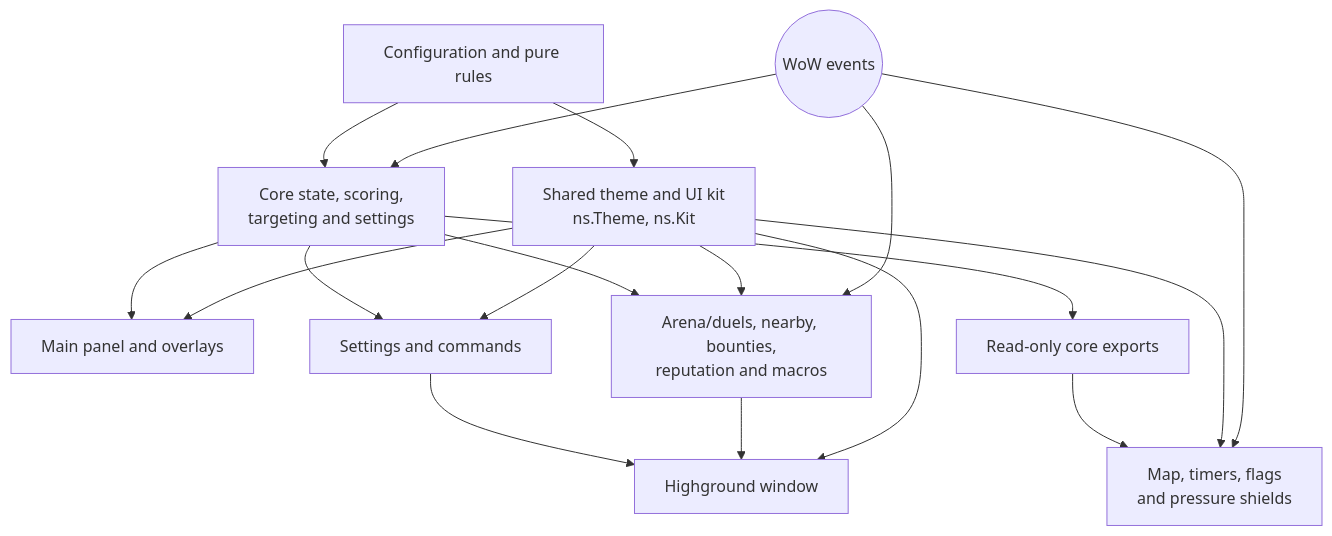
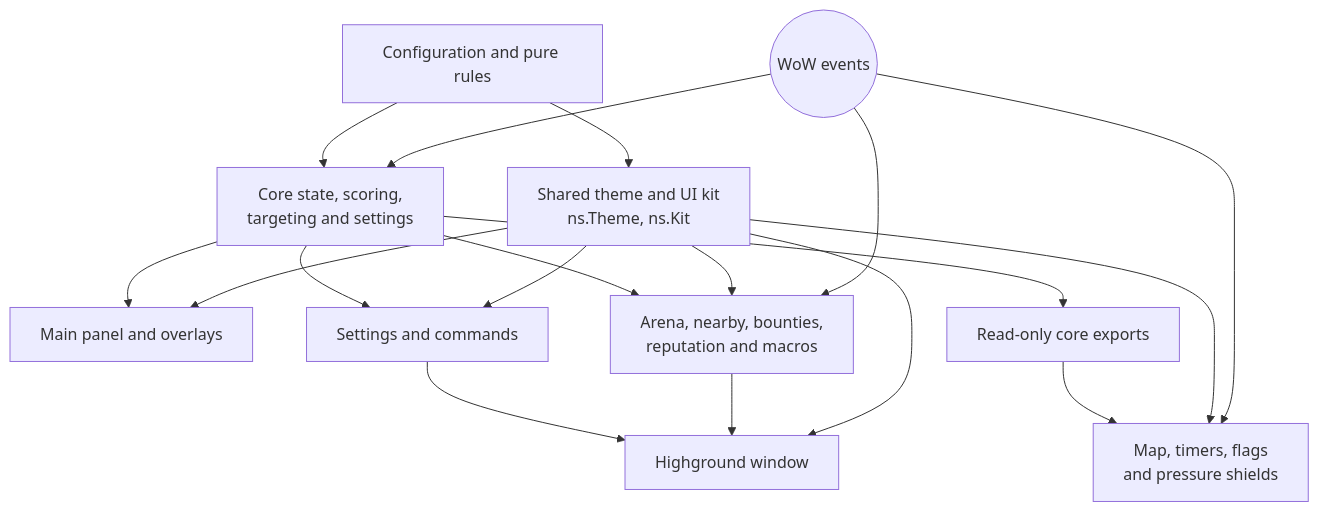
Before and after one commit to kemicofa/highground: the second of 2 diagrams in addons/Highground/docs/development.md, drawn with Mermaid. The commit also changed other lines of this file and 65 other files, not shown here.

First line of the commit message:
feat(arena): duels no longer open the Arena panel

````diff
--- a/addons/Highground/docs/development.md
+++ b/addons/Highground/docs/development.md
@@ -97,13 +97,13 @@
 ```mermaid
 flowchart TD
   CFG[Configuration and pure rules] --> CORE[Core state, scoring,<br/>targeting and settings]
   CFG --> THEME[Shared theme and UI kit<br/>ns.Theme, ns.Kit]
   CORE --> UI[Main panel and overlays]
   CORE --> OPT[Settings and commands]
   CORE --> EXP[Read-only core exports]
   EXP --> SUB[Map, timers, flags<br/>and pressure shields]
-  CORE --> FEAT[Arena/duels, nearby, bounties,<br/>reputation and macros]
+  CORE --> FEAT[Arena, nearby, bounties,<br/>reputation and macros]
   OPT & FEAT --> HUB[Highground window]
   THEME --> UI & OPT & SUB & FEAT & HUB
   EVT((WoW events)) --> CORE & SUB & FEAT
 ```
````
